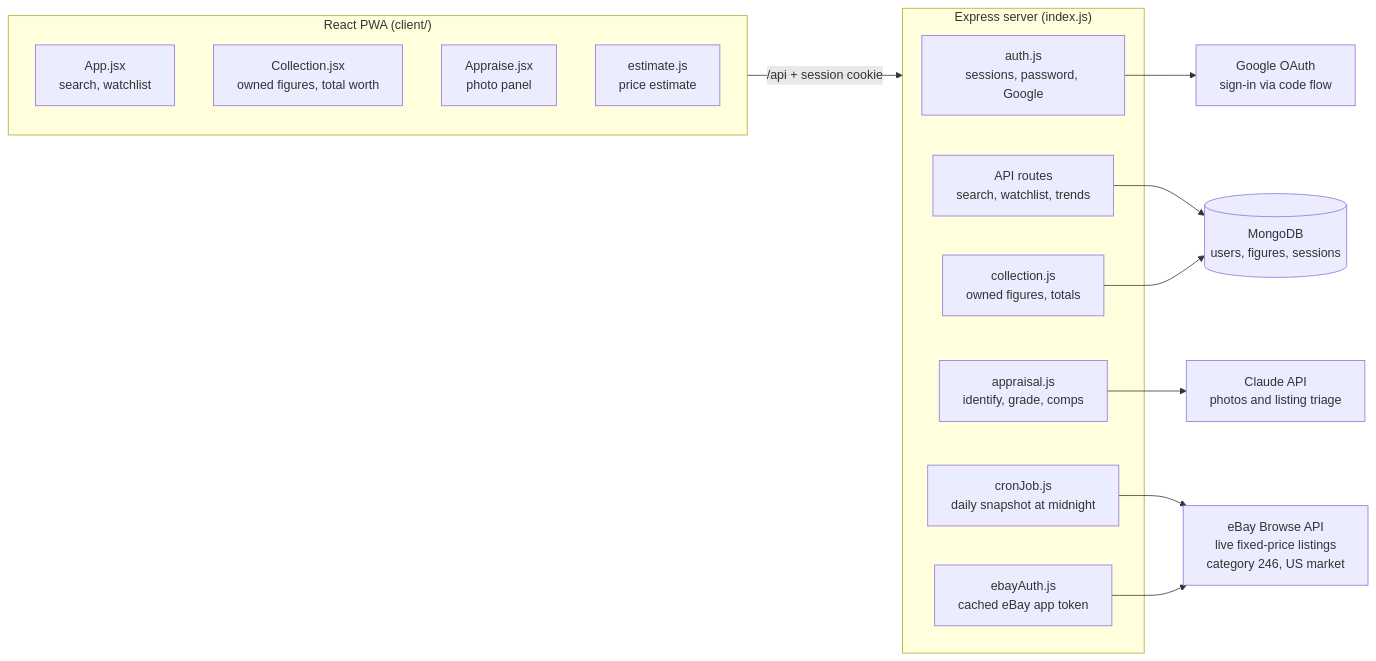
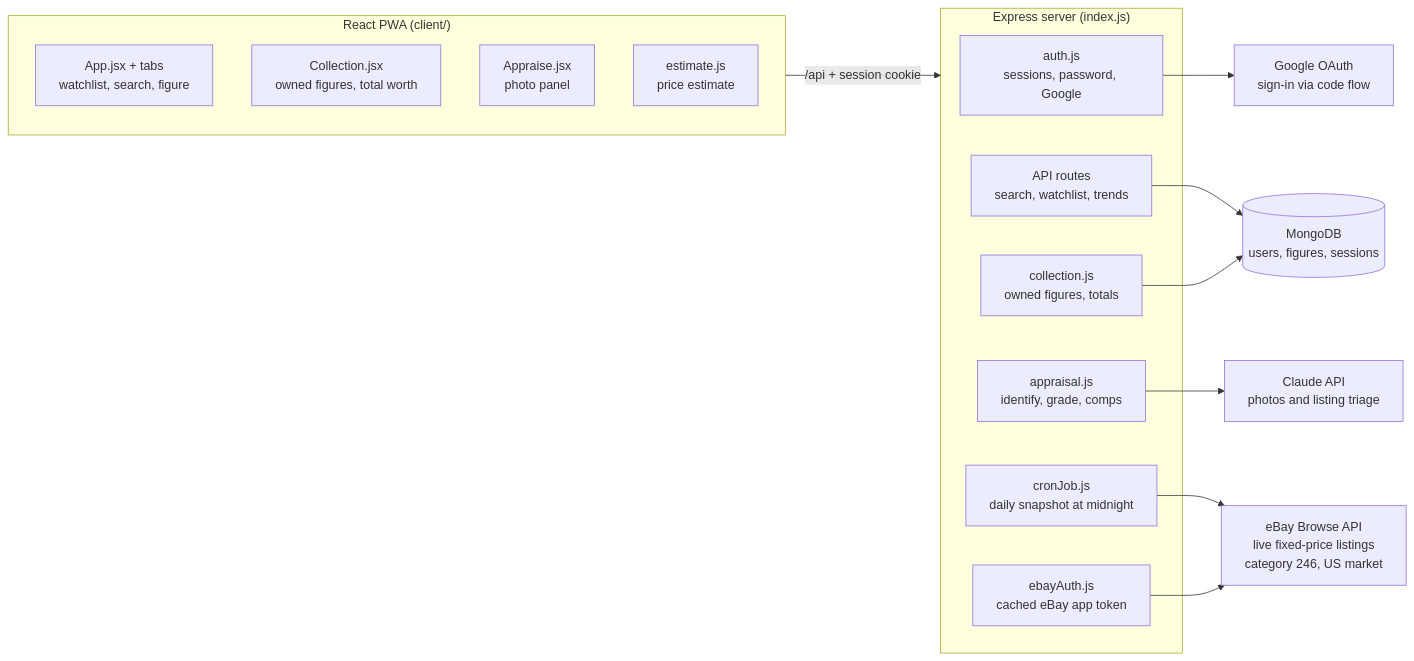
The diagram in docs/architecture.md (zaweb/wrestling-figure-tracker), drawn with Mermaid before and after one commit. The commit also changed other lines of this file and 15 other files, not shown here.

First line of the commit message:
Redesign the app: tab bar, figure pages and a three-step Add Figure flow

````diff
--- a/docs/architecture.md
+++ b/docs/architecture.md
@@ -13,31 +13,31 @@
 ```mermaid
 flowchart LR
   subgraph Client["React PWA (client/)"]
-    App["App.jsx<br/>search, watchlist"]
+    App["App.jsx + tabs<br/>watchlist, search, figure"]
     Collection["Collection.jsx<br/>owned figures, total worth"]
     Appraise["Appraise.jsx<br/>photo panel"]
     Estimate["estimate.js<br/>price estimate"]
   end
 
   subgraph Server["Express server (index.js)"]
     Auth["auth.js<br/>sessions, password, Google"]
     Routes["API routes<br/>search, watchlist, trends"]
     CollectionRoutes["collection.js<br/>owned figures, totals"]
     Appraisal["appraisal.js<br/>identify, grade, comps"]
     Cron["cronJob.js<br/>daily snapshot at midnight"]
     EbayAuth["ebayAuth.js<br/>cached eBay app token"]
   end
 
   Google["Google OAuth<br/>sign-in via code flow"]
   Mongo[("MongoDB<br/>users, figures, sessions")]
   Claude["Claude API<br/>photos and listing triage"]
   Ebay["eBay Browse API<br/>live fixed-price listings<br/>category 246, US market"]
 
   Client -- "/api + session cookie" --> Server
   Auth --> Google
   Routes --> Mongo
   CollectionRoutes --> Mongo
   Appraisal --> Claude
   Cron --> Ebay
   EbayAuth --> Ebay
 ```
````
